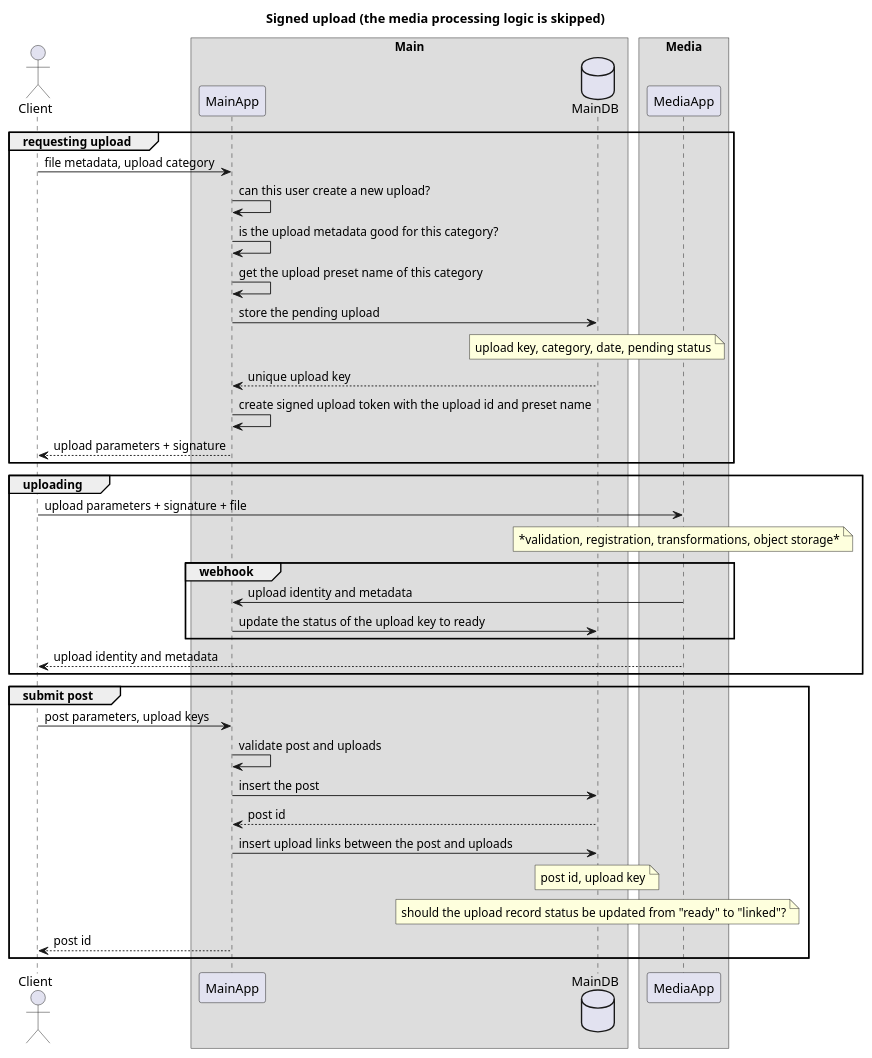
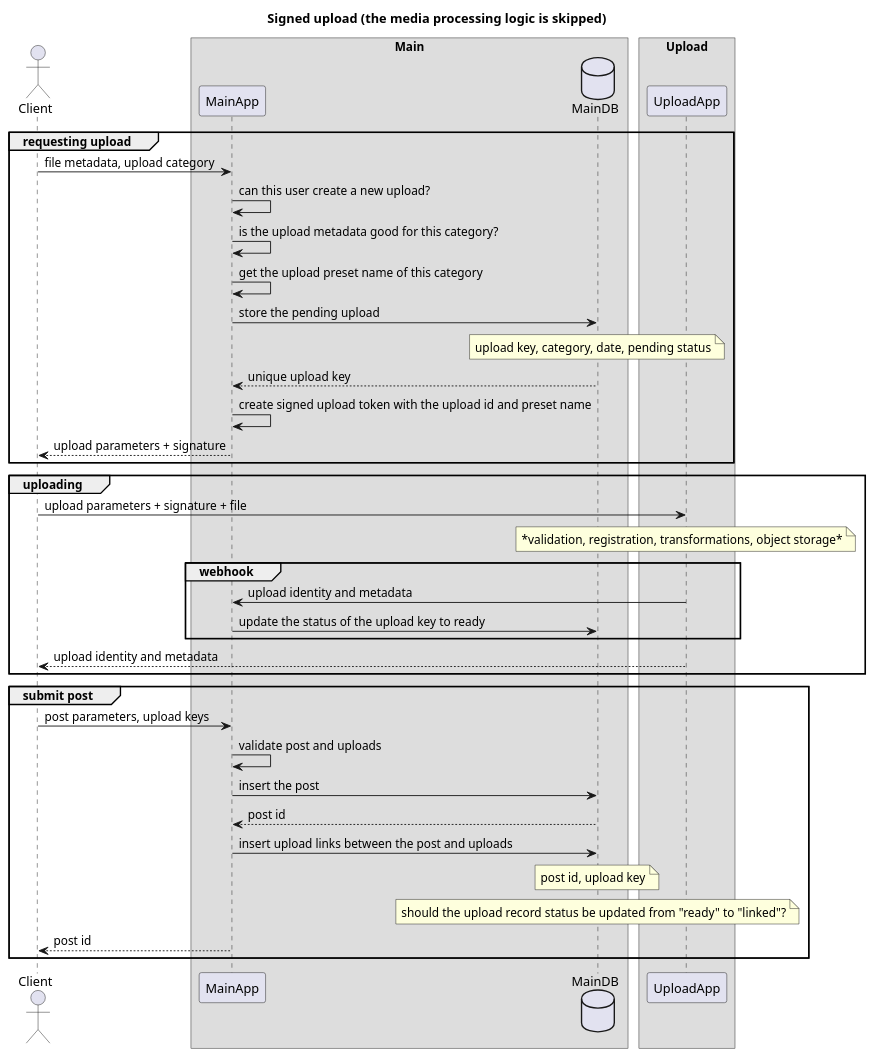
The diagram in java/planning/media/signed_upload.puml (peter-peter-22/java-social-app), drawn with PlantUML before and after one commit. The commit also changed 3 other files, not shown here.

```diff
--- a/java/planning/media/signed_upload.puml
+++ b/java/planning/media/signed_upload.puml
@@ -1,52 +1,52 @@
 @startuml
 
 title Signed upload (the media processing logic is skipped)
 
 skinparam BoxPadding 5
 skinparam ParticipantPadding 5
 
 actor Client
 
 box Main
 participant MainApp
 database MainDB
 endbox
 
-box Media
-participant MediaApp
+box Upload
+participant UploadApp
 endbox
 
 group requesting upload
 Client->MainApp: file metadata, upload category
 MainApp->MainApp: can this user create a new upload?
 MainApp->MainApp: is the upload metadata good for this category?
 MainApp->MainApp: get the upload preset name of this category
 MainApp->MainDB: store the pending upload
 note over MainDB: upload key, category, date, pending status
 return unique upload key
 MainApp->MainApp: create signed upload token with the upload id and preset name
 MainApp-->Client: upload parameters + signature
 end
 
 group uploading
-Client->MediaApp: upload parameters + signature + file
-note over MediaApp: *validation, registration, transformations, object storage*
+Client->UploadApp: upload parameters + signature + file
+note over UploadApp: *validation, registration, transformations, object storage*
 group webhook
-MediaApp->MainApp: upload identity and metadata
+UploadApp->MainApp: upload identity and metadata
 MainApp->MainDB: update the status of the upload key to ready
 end
-MediaApp-->Client: upload identity and metadata
+UploadApp-->Client: upload identity and metadata
 end
 
 group submit post
 Client->MainApp: post parameters, upload keys
 MainApp->MainApp: validate post and uploads
 MainApp->MainDB: insert the post
 return post id
 MainApp->MainDB: insert upload links between the post and uploads
 note over MainDB: post id, upload key
 note over MainDB: should the upload record status be updated from "ready" to "linked"?
 MainApp-->Client: post id
 end
 
 @enduml
```
